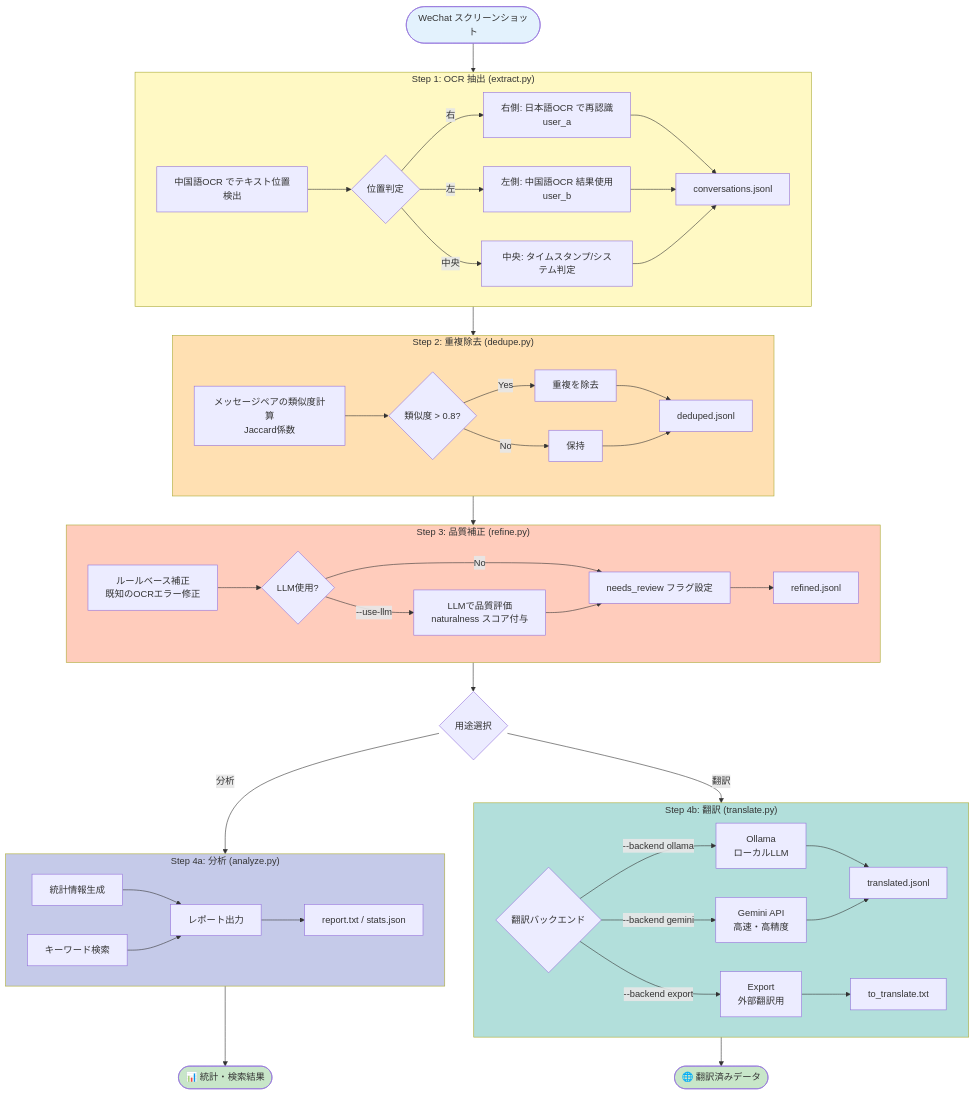
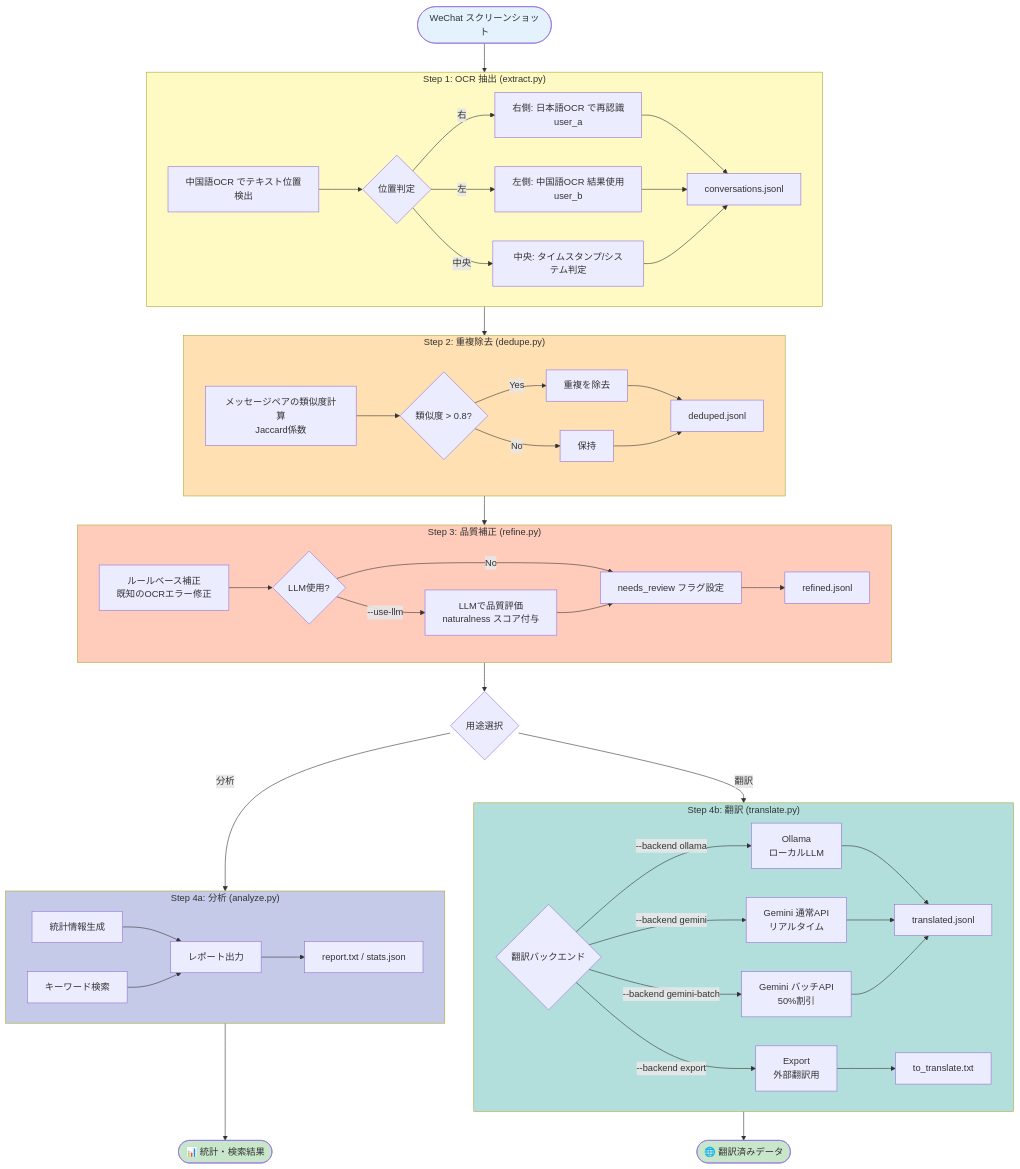
Before and after one commit to pochy/chat-screenshot-parser: the second of 2 diagrams in README.md, drawn with Mermaid. The commit also changed other lines of this file and 1 other file, not shown here.

First line of the commit message:
feat: Enhance translation capabilities with Gemini Batch API support

```diff
--- a/README.md
+++ b/README.md
@@ -163,13 +163,16 @@
     subgraph Translate["Step 4b: 翻訳 (translate.py)"]
         T1{翻訳バックエンド}
         T2[Ollama<br/>ローカルLLM]
-        T3[Gemini API<br/>高速・高精度]
+        T3[Gemini 通常API<br/>リアルタイム]
+        T3B[Gemini バッチAPI<br/>50%割引]
         T4[Export<br/>外部翻訳用]
         T1 -->|--backend ollama| T2
         T1 -->|--backend gemini| T3
+        T1 -->|--backend gemini-batch| T3B
         T1 -->|--backend export| T4
         T2 --> T5[translated.jsonl]
         T3 --> T5
+        T3B --> T5
         T4 --> T6[to_translate.txt]
     end
 
```
